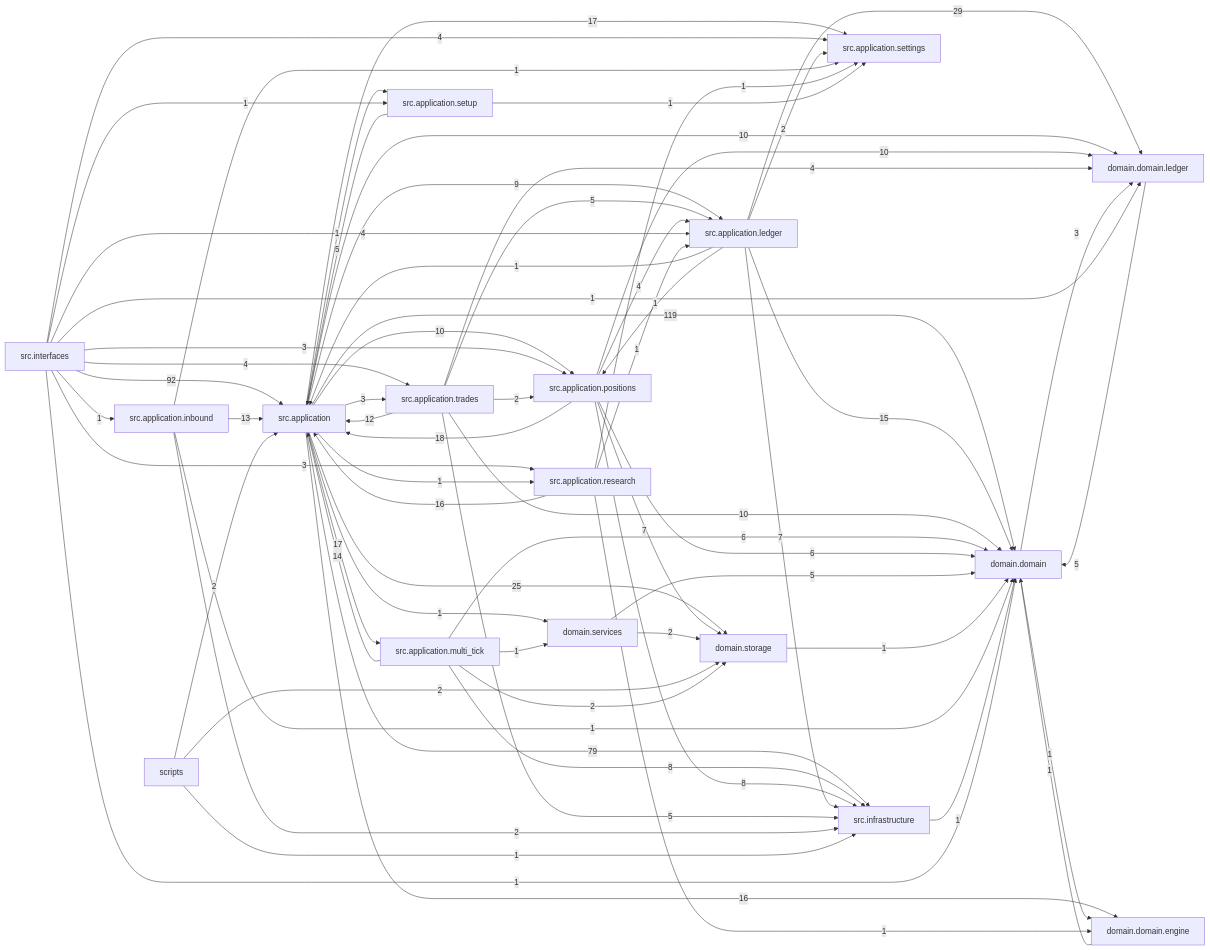
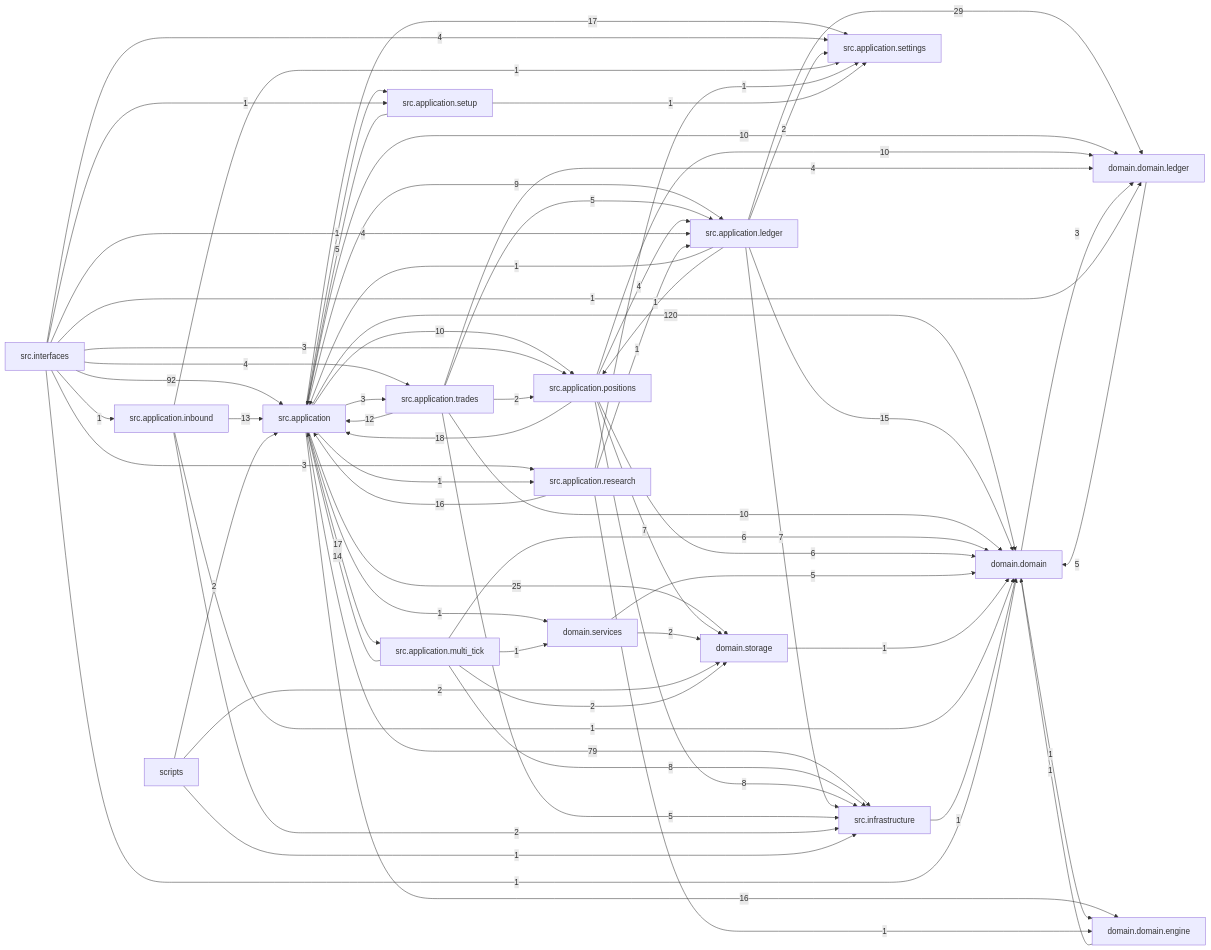
The diagram in docs/dependency_graph.mmd (liuxie066/options-monitor), drawn with Mermaid before and after one commit. The commit also changed 8 other files, not shown here.

```diff
--- a/docs/dependency_graph.mmd
+++ b/docs/dependency_graph.mmd
@@ -1,68 +1,68 @@
 flowchart LR
-  src_application["src.application"] -->|119| domain_domain["domain.domain"]
+  src_application["src.application"] -->|120| domain_domain["domain.domain"]
   src_interfaces["src.interfaces"] -->|92| src_application["src.application"]
   src_application["src.application"] -->|79| src_infrastructure["src.infrastructure"]
   src_application_ledger["src.application.ledger"] -->|29| domain_domain_ledger["domain.domain.ledger"]
   src_application["src.application"] -->|25| domain_storage["domain.storage"]
   src_application_positions["src.application.positions"] -->|18| src_application["src.application"]
   src_application["src.application"] -->|17| src_application_multi_tick["src.application.multi_tick"]
   src_application["src.application"] -->|17| src_application_settings["src.application.settings"]
   src_application["src.application"] -->|16| domain_domain_engine["domain.domain.engine"]
   src_application_research["src.application.research"] -->|16| src_application["src.application"]
   src_application_ledger["src.application.ledger"] -->|15| domain_domain["domain.domain"]
   src_application_multi_tick["src.application.multi_tick"] -->|14| src_application["src.application"]
   src_application_inbound["src.application.inbound"] -->|13| src_application["src.application"]
   src_application_trades["src.application.trades"] -->|12| src_application["src.application"]
   src_application["src.application"] -->|10| domain_domain_ledger["domain.domain.ledger"]
   src_application["src.application"] -->|10| src_application_positions["src.application.positions"]
   src_application_positions["src.application.positions"] -->|10| domain_domain_ledger["domain.domain.ledger"]
   src_application_trades["src.application.trades"] -->|10| domain_domain["domain.domain"]
   src_application["src.application"] -->|9| src_application_ledger["src.application.ledger"]
   src_application_multi_tick["src.application.multi_tick"] -->|8| src_infrastructure["src.infrastructure"]
   src_application_positions["src.application.positions"] -->|8| src_infrastructure["src.infrastructure"]
   src_application_ledger["src.application.ledger"] -->|7| src_infrastructure["src.infrastructure"]
   src_application_positions["src.application.positions"] -->|7| domain_storage["domain.storage"]
   src_application_multi_tick["src.application.multi_tick"] -->|6| domain_domain["domain.domain"]
   src_application_positions["src.application.positions"] -->|6| domain_domain["domain.domain"]
   domain_domain_ledger["domain.domain.ledger"] -->|5| domain_domain["domain.domain"]
   domain_services["domain.services"] -->|5| domain_domain["domain.domain"]
   src_application_setup["src.application.setup"] -->|5| src_application["src.application"]
   src_application_trades["src.application.trades"] -->|5| src_application_ledger["src.application.ledger"]
   src_application_trades["src.application.trades"] -->|5| src_infrastructure["src.infrastructure"]
   src_application_positions["src.application.positions"] -->|4| src_application_ledger["src.application.ledger"]
   src_application_trades["src.application.trades"] -->|4| domain_domain_ledger["domain.domain.ledger"]
   src_interfaces["src.interfaces"] -->|4| src_application_ledger["src.application.ledger"]
   src_interfaces["src.interfaces"] -->|4| src_application_settings["src.application.settings"]
   src_interfaces["src.interfaces"] -->|4| src_application_trades["src.application.trades"]
   domain_domain["domain.domain"] -->|3| domain_domain_ledger["domain.domain.ledger"]
   src_application["src.application"] -->|3| src_application_trades["src.application.trades"]
   src_interfaces["src.interfaces"] -->|3| src_application_positions["src.application.positions"]
   src_interfaces["src.interfaces"] -->|3| src_application_research["src.application.research"]
   domain_services["domain.services"] -->|2| domain_storage["domain.storage"]
   scripts["scripts"] -->|2| domain_storage["domain.storage"]
   scripts["scripts"] -->|2| src_application["src.application"]
   src_application_inbound["src.application.inbound"] -->|2| src_infrastructure["src.infrastructure"]
   src_application_ledger["src.application.ledger"] -->|2| src_application_settings["src.application.settings"]
   src_application_multi_tick["src.application.multi_tick"] -->|2| domain_storage["domain.storage"]
   src_application_trades["src.application.trades"] -->|2| src_application_positions["src.application.positions"]
   domain_domain["domain.domain"] -->|1| domain_domain_engine["domain.domain.engine"]
   domain_domain_engine["domain.domain.engine"] -->|1| domain_domain["domain.domain"]
   domain_storage["domain.storage"] -->|1| domain_domain["domain.domain"]
   scripts["scripts"] -->|1| src_infrastructure["src.infrastructure"]
   src_application["src.application"] -->|1| domain_services["domain.services"]
   src_application["src.application"] -->|1| src_application_research["src.application.research"]
   src_application["src.application"] -->|1| src_application_setup["src.application.setup"]
   src_application_inbound["src.application.inbound"] -->|1| domain_domain["domain.domain"]
   src_application_inbound["src.application.inbound"] -->|1| src_application_settings["src.application.settings"]
   src_application_ledger["src.application.ledger"] -->|1| src_application["src.application"]
   src_application_ledger["src.application.ledger"] -->|1| src_application_positions["src.application.positions"]
   src_application_multi_tick["src.application.multi_tick"] -->|1| domain_services["domain.services"]
   src_application_research["src.application.research"] -->|1| domain_domain_engine["domain.domain.engine"]
   src_application_research["src.application.research"] -->|1| src_application_ledger["src.application.ledger"]
   src_application_research["src.application.research"] -->|1| src_application_settings["src.application.settings"]
   src_application_setup["src.application.setup"] -->|1| src_application_settings["src.application.settings"]
   src_infrastructure["src.infrastructure"] -->|1| domain_domain["domain.domain"]
   src_interfaces["src.interfaces"] -->|1| domain_domain["domain.domain"]
   src_interfaces["src.interfaces"] -->|1| domain_domain_ledger["domain.domain.ledger"]
   src_interfaces["src.interfaces"] -->|1| src_application_inbound["src.application.inbound"]
   src_interfaces["src.interfaces"] -->|1| src_application_setup["src.application.setup"]
```
